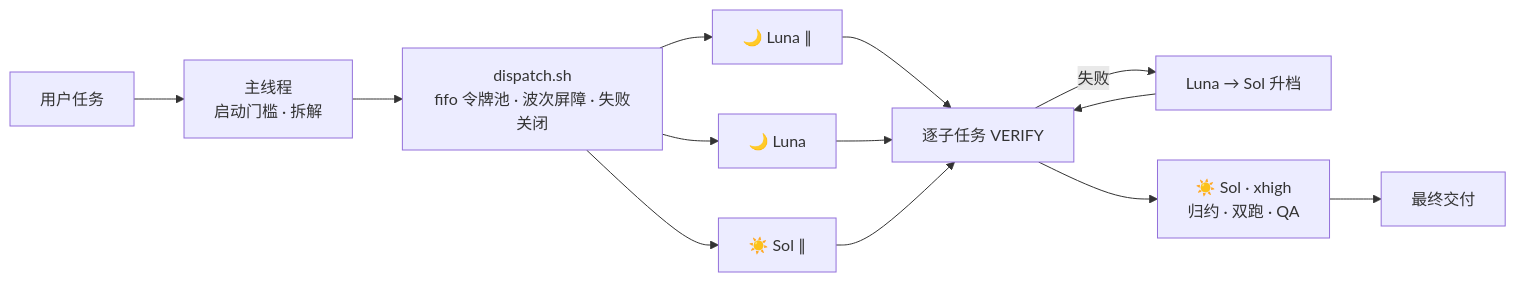
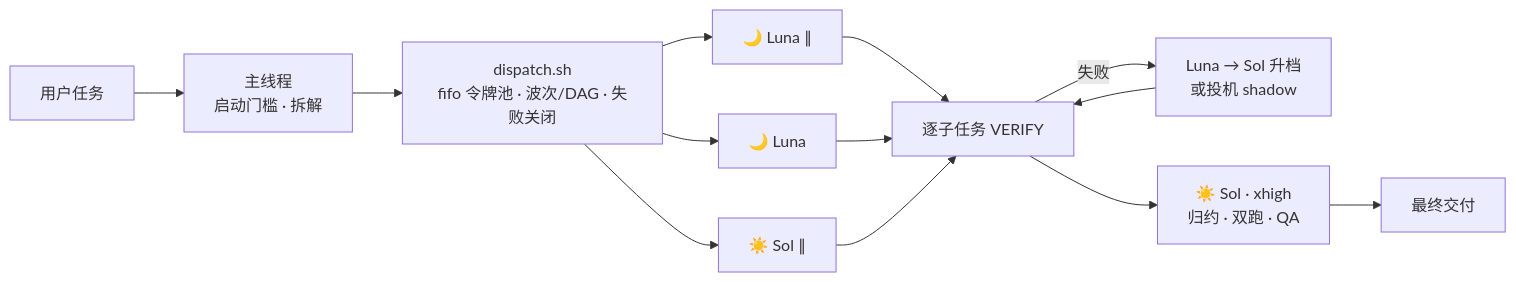
The diagram in README.zh-CN.md (chenguang-jiang/jcg-codex-mode-dispatch), drawn with Mermaid before and after one commit. The commit also changed other lines of this file and 6 other files, not shown here.

````diff
--- a/README.zh-CN.md
+++ b/README.zh-CN.md
@@ -42,15 +42,15 @@
 ```mermaid
 flowchart LR
   U[用户任务] --> M[主线程<br/>启动门槛 · 拆解]
-  M --> D[dispatch.sh<br/>fifo 令牌池 · 波次屏障 · 失败关闭]
+  M --> D[dispatch.sh<br/>fifo 令牌池 · 波次/DAG · 失败关闭]
   D --> L1[🌙 Luna ∥]
   D --> L2[🌙 Luna ]
   D --> S1[☀️ Sol ∥]
   L1 --> V[逐子任务 VERIFY]
   L2 --> V
   S1 --> V
-  V -->|失败| FO[Luna → Sol 升档]
+  V -->|失败| FO[Luna → Sol 升档<br/>或投机 shadow]
   FO --> V
   V --> R[☀️ Sol · xhigh<br/>归约 · 双跑 · QA]
   R --> O[最终交付]
 ```
````
